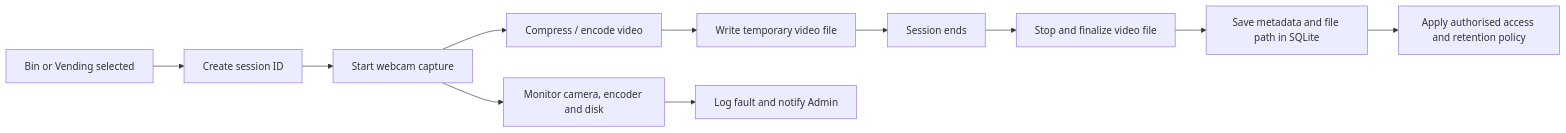
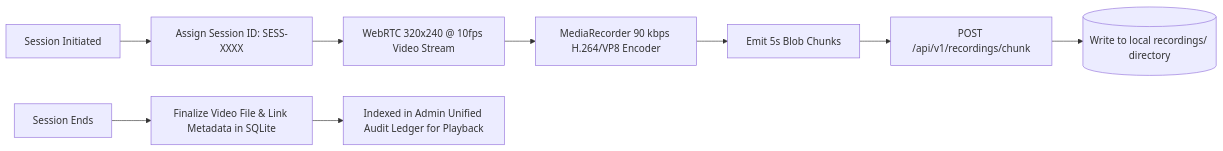
The fifth of 10 diagrams in SDDS_V5_Documents/SDDS_V5_Product_Requirements_Document.md (aswanayyappan/tech-farm-vending-machine), drawn with Mermaid before and after one commit. The commit also changed other lines of this file and 2 other files, not shown here.

Commit message:
docs: synchronize SDDS V5 PRD and Plan of Action with current web architecture

````diff
--- a/SDDS_V5_Documents/SDDS_V5_Product_Requirements_Document.md
+++ b/SDDS_V5_Documents/SDDS_V5_Product_Requirements_Document.md
@@ -763,13 +785,11 @@
 ```mermaid
 flowchart LR
-    START[Bin or Vending selected] --> SESSION[Create session ID]
-    SESSION --> CAPTURE[Start webcam capture]
-    CAPTURE --> ENCODE[Compress / encode video]
-    ENCODE --> TEMP[Write temporary video file]
-    TEMP --> END[Session ends]
-    END --> FINAL[Stop and finalize video file]
-    FINAL --> META[Save metadata and file path in SQLite]
-    META --> RETAIN[Apply authorised access and retention policy]
-    CAPTURE --> MONITOR[Monitor camera, encoder and disk]
-    MONITOR --> FAULT[Log fault and notify Admin]
+    START[Session Initiated] --> SESS[Assign Session ID: SESS-XXXX]
+    SESS --> CAPTURE[WebRTC 320x240 @ 10fps Video Stream]
+    CAPTURE --> RECORDER[MediaRecorder 90 kbps H.264/VP8 Encoder]
+    RECORDER --> CHUNK[Emit 5s Blob Chunks]
+    CHUNK --> STREAM[POST /api/v1/recordings/chunk]
+    STREAM --> DISK[(Write to local recordings/ directory)]
+    END[Session Ends] --> FINAL[Finalize Video File & Link Metadata in SQLite]
+    FINAL --> AUDIT[Indexed in Admin Unified Audit Ledger for Playback]
 ```
````
